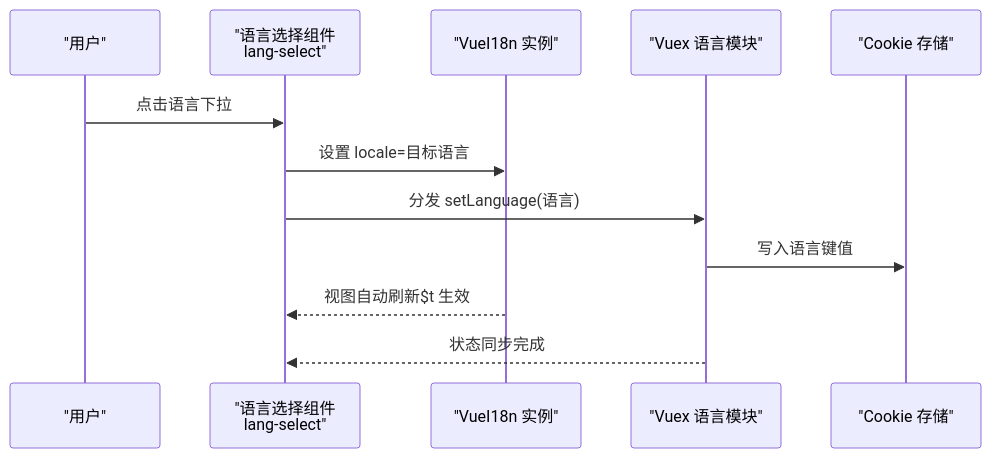
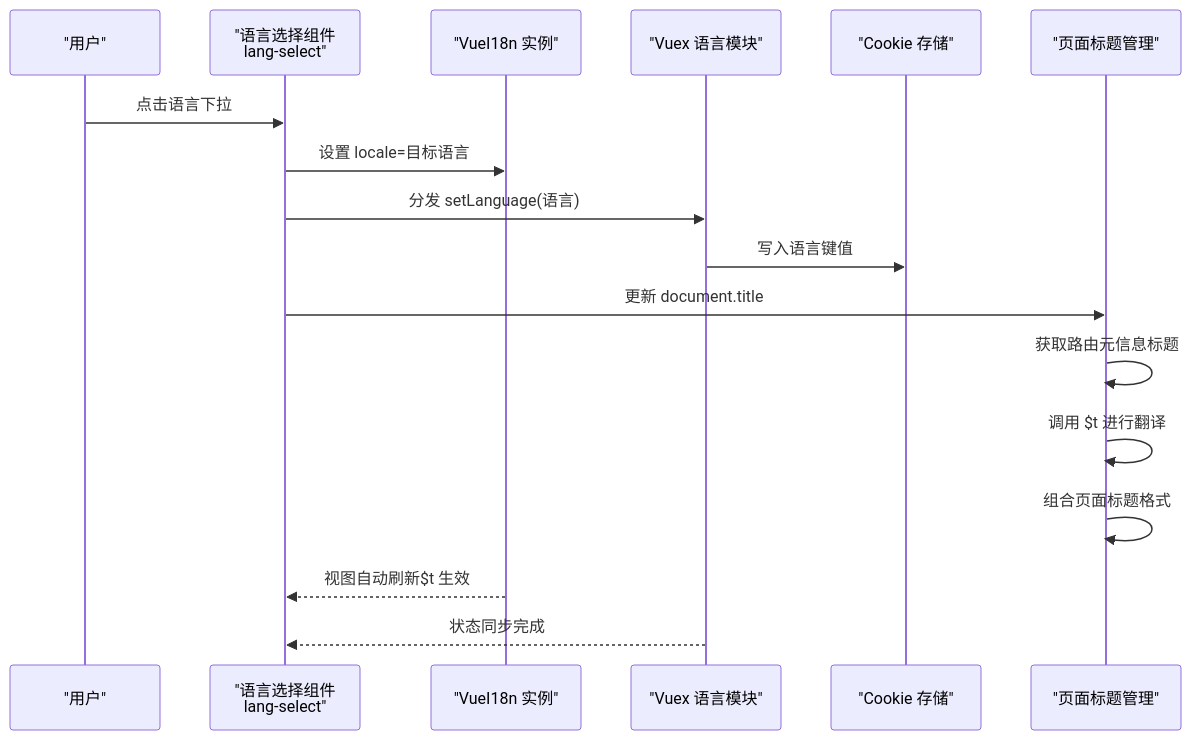
Before and after one commit to Neveryu/vue-cms: the second of 6 diagrams in .qoder/repowiki/zh/content/核心功能/系统设置/多语言国际化.md, drawn with Mermaid. The commit also changed other lines of this file and 11 other files, not shown here.

````diff
--- a/.qoder/repowiki/zh/content/核心功能/系统设置/多语言国际化.md
+++ b/.qoder/repowiki/zh/content/核心功能/系统设置/多语言国际化.md
@@ -119,14 +149,19 @@
 ```mermaid
 sequenceDiagram
 participant U as "用户"
 participant LS as "语言选择组件<br/>lang-select"
 participant I18N as "VueI18n 实例"
 participant VU as "Vuex 语言模块"
 participant CK as "Cookie 存储"
+participant PT as "页面标题管理"
 U->>LS : 点击语言下拉
 LS->>I18N : 设置 locale=目标语言
 LS->>VU : 分发 setLanguage(语言)
 VU->>CK : 写入语言键值
+LS->>PT : 更新 document.title
+PT->>PT : 获取路由元信息标题
+PT->>PT : 调用 $t 进行翻译
+PT->>PT : 组合页面标题格式
 I18N-->>LS : 视图自动刷新$t 生效
 VU-->>LS : 状态同步完成
 ```
````
